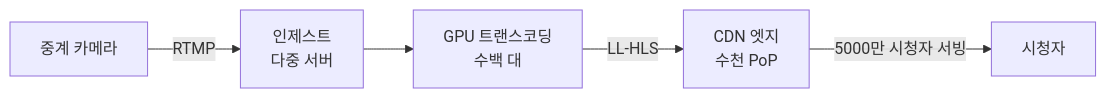
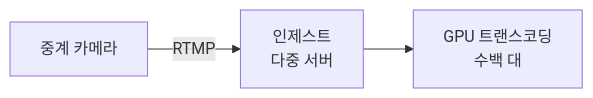
One commit to yjkim2015/yjkim2015.github.io changed the tenth of 11 diagrams in _posts/systemdesign/2026-05-03-system-design-video-streaming.md. Above: the diagram before and after it, drawn with Mermaid. The commit also changed other lines of this file and 132 other files, not shown here.

First line of the commit message:
Mermaid 다이어그램 가독성 정리: 단순 제거, 노드 축소, TD→LR 변환

````diff
--- a/_posts/systemdesign/2026-05-03-system-design-video-streaming.md
+++ b/_posts/systemdesign/2026-05-03-system-design-video-streaming.md
@@ -719,7 +704,5 @@
 ```mermaid
 flowchart LR
     CAM[중계 카메라] -->|RTMP| IG[인제스트<br/>다중 서버]
     IG --> TC[GPU 트랜스코딩<br/>수백 대]
-    TC -->|LL-HLS| CDN[CDN 엣지<br/>수천 PoP]
-    CDN -->|5000만 시청자 서빙| V[시청자]
 ```
````
